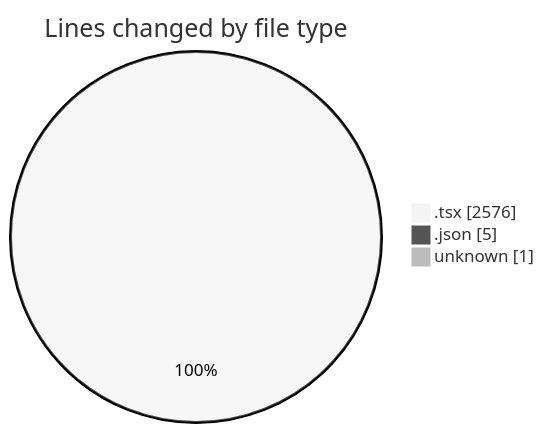
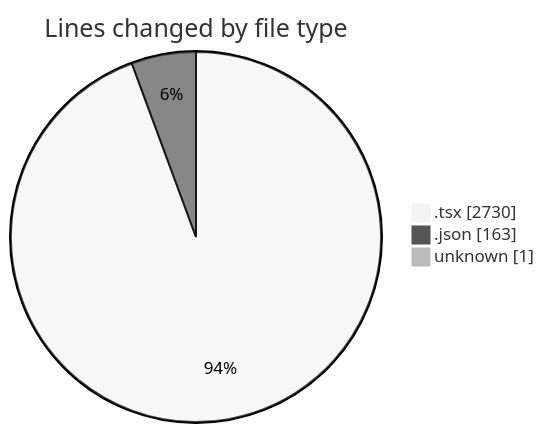
The first of 2 diagrams in 2025-05-07/niten/README.md (Elitesun/code-tracking), drawn with Mermaid (neutral theme) before and after one commit. The commit also changed other lines of this file and 1 other file, not shown here.

````diff
--- a/2025-05-07/niten/README.md
+++ b/2025-05-07/niten/README.md
@@ -43,7 +46,7 @@
 ```mermaid
 pie showData
 title Lines changed by file type
-".tsx" : 2576
-".json" : 5
+".tsx" : 2730
+".json" : 163
 "unknown" : 1
 ```
````
